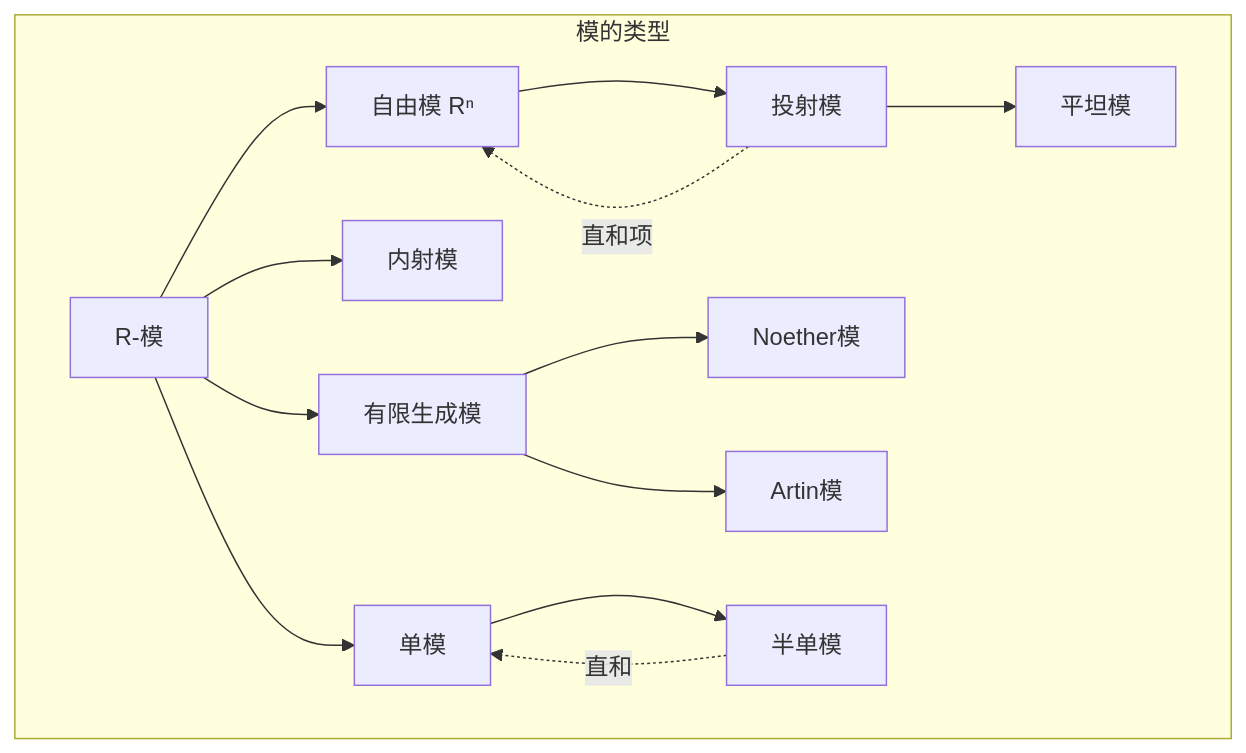
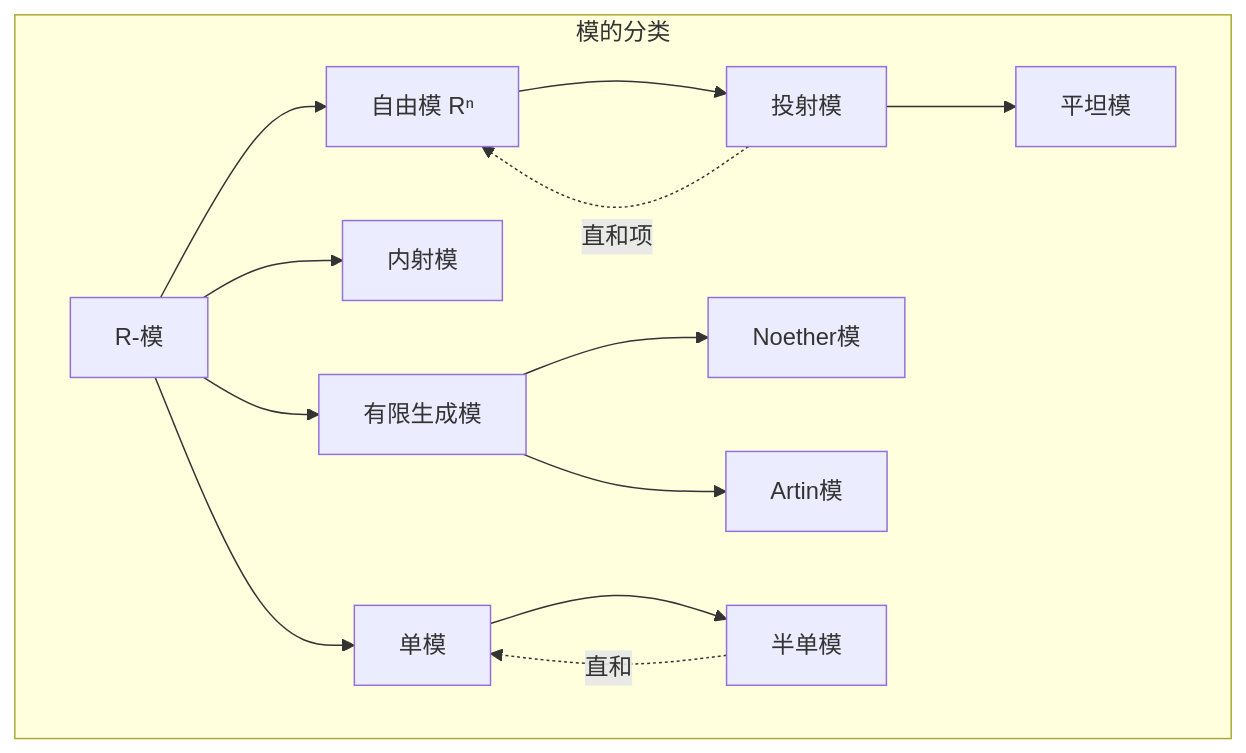
One commit to AdaMartin18010/FormalMath changed the sixth of 11 diagrams in docs/00-概念关联图谱/01-代数结构关联网络.md. Above: the diagram before and after it, drawn with Mermaid. The commit also changed other lines of this file and 13 other files, not shown here.

````diff
--- a/docs/00-概念关联图谱/01-代数结构关联网络.md
+++ b/docs/00-概念关联图谱/01-代数结构关联网络.md
@@ -422,30 +601,28 @@
 ```mermaid
 graph TB
-    subgraph ModuleTypes[模的类型]
-        MOD[R-模]
-        FREE[自由模 Rⁿ]
-        PROJ[投射模]
-        INJ[内射模]
-        FLAT[平坦模]
-        FIN[有限生成模]
-        NOE[Noether模]
-        ART[Artin模]
-        SIMPLE[单模]
-        SEMI[半单模]
+    subgraph 模的分类
+        MOD["R-模"]
+        FREE["自由模 Rⁿ"]
+        PROJ["投射模"]
+        INJ["内射模"]
+        FLAT["平坦模"]
+        FIN["有限生成模"]
+        NOE["Noether模"]
+        ART["Artin模"]
+        SIMPLE["单模"]
+        SEMI["半单模"]
     end
 
-    %% 包含关系
     MOD --> FREE
     FREE --> PROJ
     PROJ --> FLAT
     MOD --> INJ
     MOD --> FIN
     FIN --> NOE
     FIN --> ART
     MOD --> SIMPLE
     SIMPLE --> SEMI
     
-    %% 特殊性质
     PROJ -.->|直和项| FREE
     SEMI -.->|直和| SIMPLE
 ```
````
